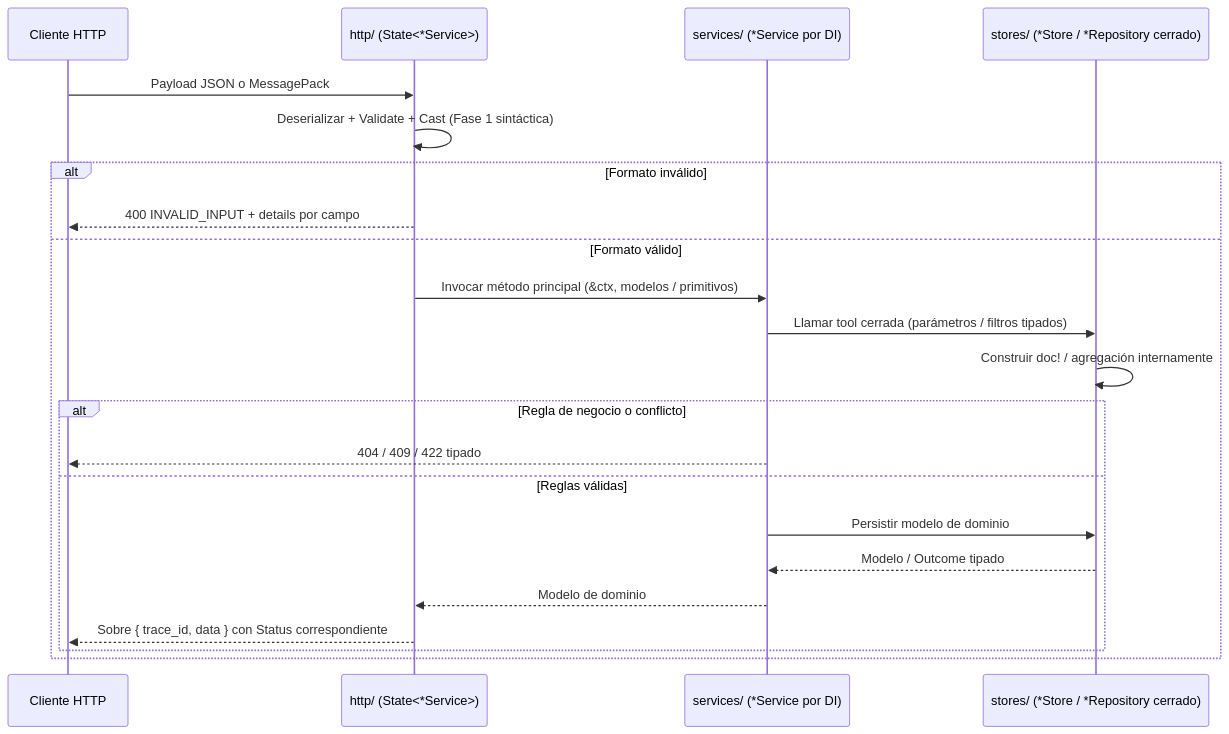
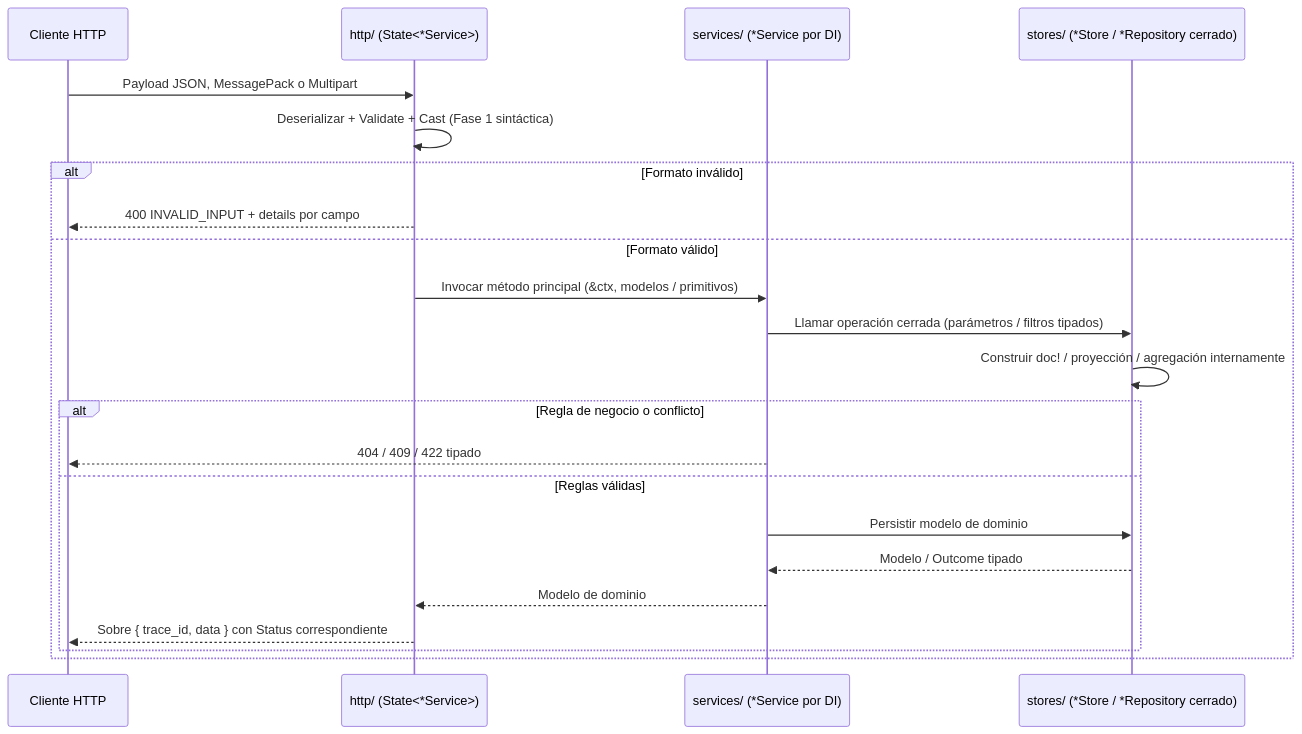
The second of 2 diagrams in AGENTS.md (rafael-arreola/rust-srv-template), drawn with Mermaid before and after one commit. The commit also changed other lines of this file, not shown here.

````diff
--- a/AGENTS.md
+++ b/AGENTS.md
@@ -192,24 +165,24 @@
 ```mermaid
 sequenceDiagram
     participant C as Cliente HTTP
     participant H as http/ (State<*Service>)
     participant S as services/ (*Service por DI)
     participant D as stores/ (*Store / *Repository cerrado)
-    C->>H: Payload JSON o MessagePack
+    C->>H: Payload JSON, MessagePack o Multipart
     H->>H: Deserializar + Validate + Cast (Fase 1 sintáctica)
     alt Formato inválido
         H-->>C: 400 INVALID_INPUT + details por campo
     else Formato válido
         H->>S: Invocar método principal (&ctx, modelos / primitivos)
-        S->>D: Llamar tool cerrada (parámetros / filtros tipados)
-        D->>D: Construir doc! / agregación internamente
+        S->>D: Llamar operación cerrada (parámetros / filtros tipados)
+        D->>D: Construir doc! / proyección / agregación internamente
         alt Regla de negocio o conflicto
             S-->>C: 404 / 409 / 422 tipado
         else Reglas válidas
             S->>D: Persistir modelo de dominio
             D-->>S: Modelo / Outcome tipado
             S-->>H: Modelo de dominio
             H-->>C: Sobre { trace_id, data } con Status correspondiente
         end
     end
 ```
````
